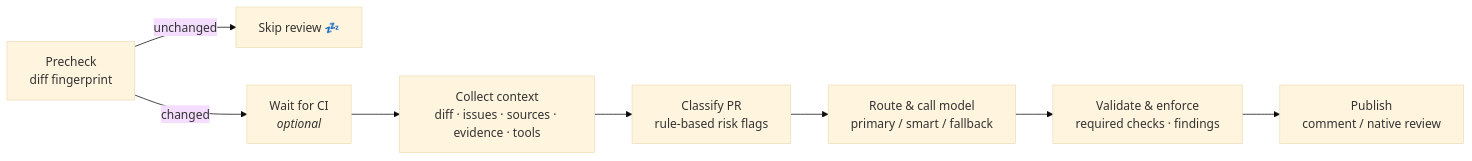
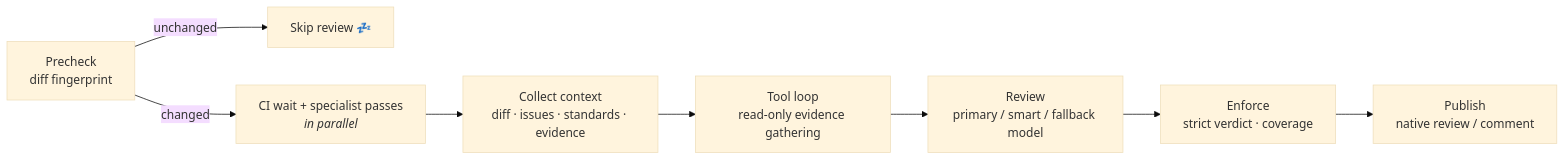
Before and after one commit to hampsterx/pr-reviewer-action: the diagram in README.md, drawn with Mermaid (base theme). The commit also changed other lines of this file and 18 other files, not shown here.

````diff
--- a/README.md
+++ b/README.md
@@ -86,10 +67,10 @@
 ```mermaid
 flowchart LR
     A[Precheck<br/>diff fingerprint] -->|unchanged| Z[Skip review 💤]
-    A -->|changed| B[Wait for CI<br/><i>optional</i>]
-    B --> C[Collect context<br/>diff · issues · sources · evidence · tools]
-    C --> D[Classify PR<br/>rule-based risk flags]
-    D --> E[Route & call model<br/>primary / smart / fallback]
-    E --> F[Validate & enforce<br/>required checks · findings]
-    F --> G[Publish<br/>comment / native review]
+    A -->|changed| B[CI wait + specialist passes<br/><i>in parallel</i>]
+    B --> C[Collect context<br/>diff · issues · standards · evidence]
+    C --> D[Tool loop<br/>read-only evidence gathering]
+    D --> E[Review<br/>primary / smart / fallback model]
+    E --> F[Enforce<br/>strict verdict · coverage]
+    F --> G[Publish<br/>native review / comment]
 ```
````
